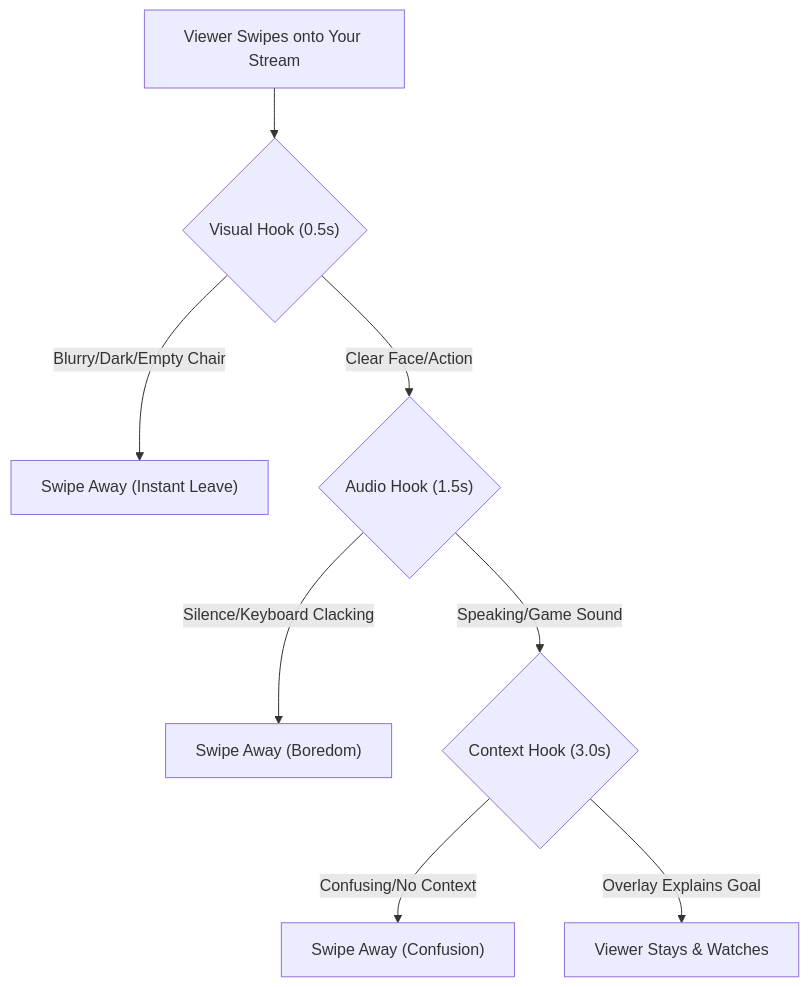
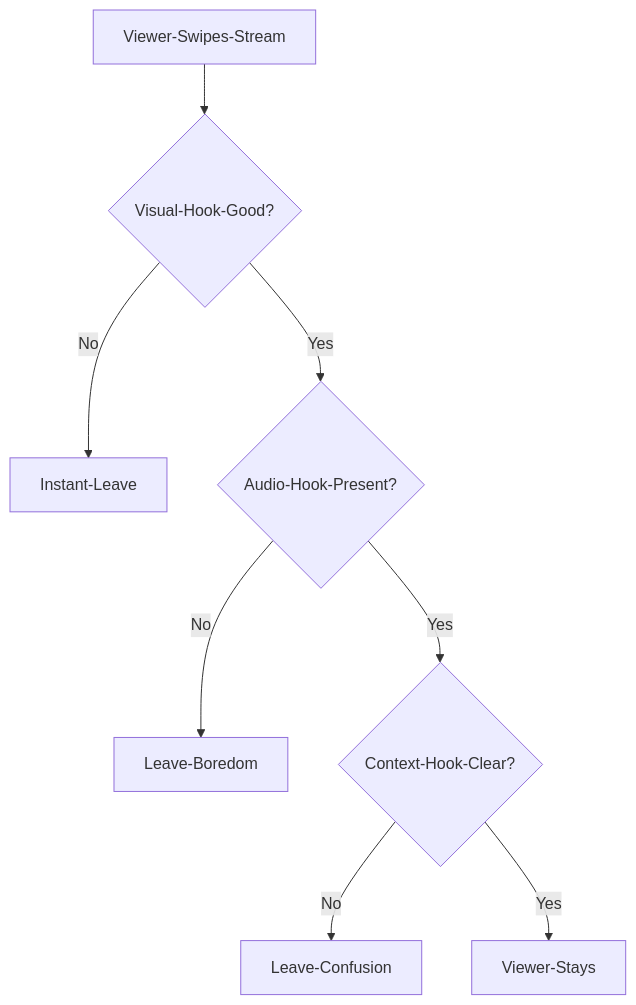
One commit to littl3-boat/ttwise changed the diagram in data/blog/tiktok-live-viewers-join-leave-immediately-fix-2026.mdx. Above: the diagram before and after it, drawn with Mermaid. The commit also changed 35 other files, not shown here.

First line of the commit message:
feat: fix Mermaid diagram syntax across blog posts and add new Reddit-sourced blog entries

````diff
--- a/data/blog/tiktok-live-viewers-join-leave-immediately-fix-2026.mdx
+++ b/data/blog/tiktok-live-viewers-join-leave-immediately-fix-2026.mdx
@@ -37,10 +37,10 @@
 ```mermaid
-graph TD
-    A[Viewer Swipes onto Your Stream] --> B{"Visual Hook (0.5s)"}
-    B -->|Blurry/Dark/Empty Chair| C["Swipe Away (Instant Leave)"]
-    B -->|Clear Face/Action| D{"Audio Hook (1.5s)"}
-    D -->|Silence/Keyboard Clacking| E["Swipe Away (Boredom)"]
-    D -->|Speaking/Game Sound| F{"Context Hook (3.0s)"}
-    F -->|Confusing/No Context| G["Swipe Away (Confusion)"]
-    F -->|Overlay Explains Goal| H["Viewer Stays & Watches"]
+flowchart TD
+    A[Viewer-Swipes-Stream] --> B{Visual-Hook-Good?}
+    B -- No --> C[Instant-Leave]
+    B -- Yes --> D{Audio-Hook-Present?}
+    D -- No --> E[Leave-Boredom]
+    D -- Yes --> F{Context-Hook-Clear?}
+    F -- No --> G[Leave-Confusion]
+    F -- Yes --> H[Viewer-Stays]
 ```
````
